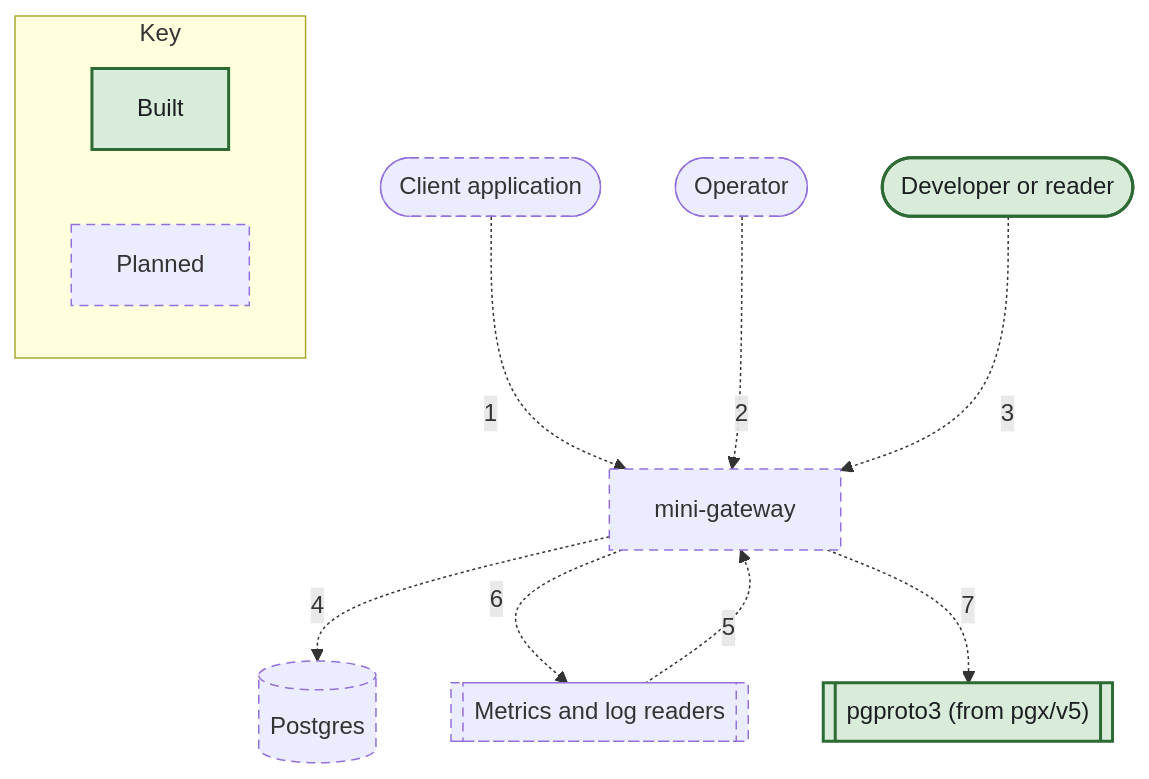
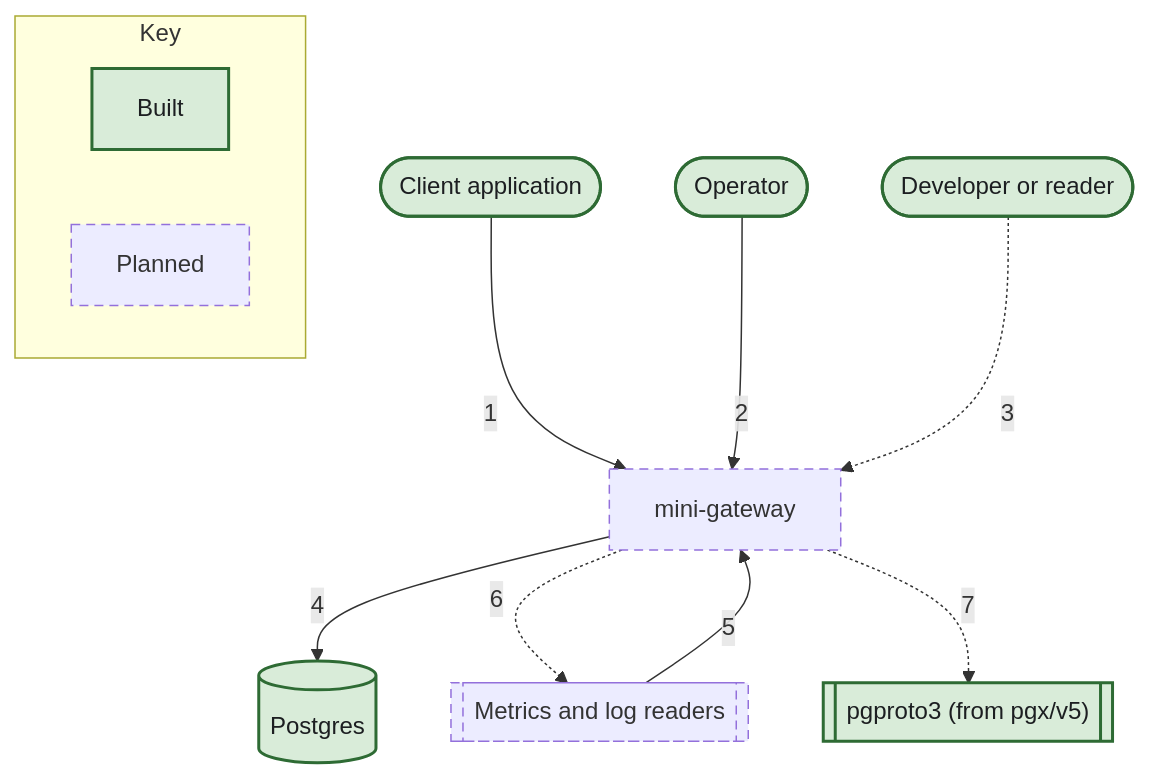
Before and after one commit to nickstrad/mini-gateway: the diagram in docs/c4/diagrams/01-system-context.mmd, drawn with Mermaid. The commit also changed 21 other files, not shown here.

Commit message:
c4: mark chunk 6 built (walking skeleton: engine, shell, config, e2e) and bring the engine, container, simulator and observability diagrams up to date

```diff
--- a/docs/c4/diagrams/01-system-context.mmd
+++ b/docs/c4/diagrams/01-system-context.mmd
@@ -1,21 +1,21 @@
 flowchart TB
-  APP(["Client application"]):::planned
-  OPERATOR(["Operator"]):::planned
+  APP(["Client application"]):::built
+  OPERATOR(["Operator"]):::built
   DEVELOPER(["Developer or reader"]):::built
   GW["mini-gateway"]:::planned
-  PG[("Postgres")]:::planned
+  PG[("Postgres")]:::built
   TELEMETRY[["Metrics and log readers"]]:::planned
   PGPROTO3[["pgproto3 (from pgx/v5)"]]:::built
-  APP -.->|1| GW
-  OPERATOR -.->|2| GW
+  APP -->|1| GW
+  OPERATOR -->|2| GW
   DEVELOPER -.->|3| GW
-  GW -.->|4| PG
-  TELEMETRY -.->|5| GW
+  GW -->|4| PG
+  TELEMETRY -->|5| GW
   GW -.->|6| TELEMETRY
   GW -.->|7| PGPROTO3
   subgraph KEY["Key"]
     KEY_BUILT["Built"]:::built
     KEY_PLANNED["Planned"]:::planned
   end
   classDef built fill:#d9ecd9,stroke:#2e6b34,stroke-width:2px,color:#1c1e21
   classDef planned stroke-width:1px,stroke-dasharray:6 4
```
